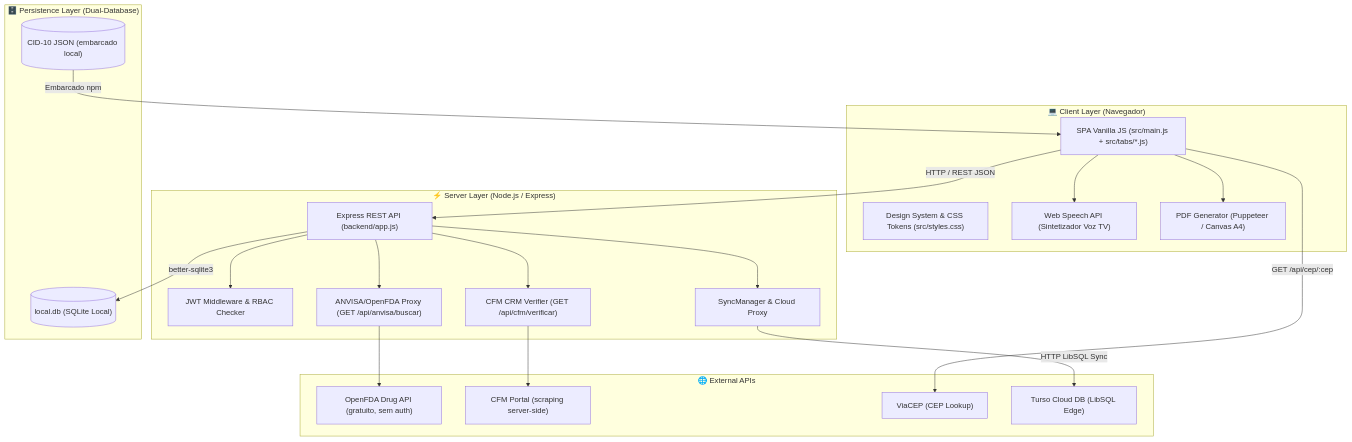
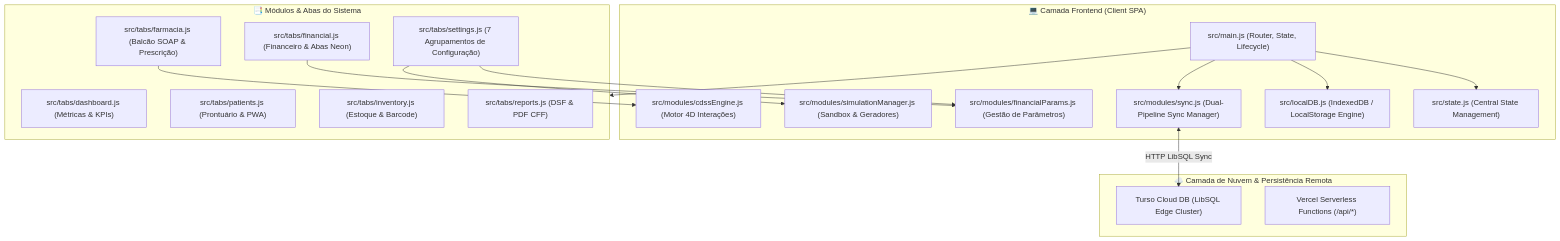
The first of 2 diagrams in docs/10-Manuais/01-guia-desenvolvedor.md (Mazzarowysk/crm-clinico-farmaceutic), drawn with Mermaid before and after one commit. The commit also changed other lines of this file and 4 other files, not shown here.

````diff
--- a/docs/10-Manuais/01-guia-desenvolvedor.md
+++ b/docs/10-Manuais/01-guia-desenvolvedor.md
@@ -13,43 +14,37 @@
 ```mermaid
 graph TD
-    subgraph Client ["💻 Client Layer (Navegador)"]
-        UI["SPA Vanilla JS (src/main.js + src/tabs/*.js)"]
-        CSS["Design System & CSS Tokens (src/styles.css)"]
-        TTS["Web Speech API (Sintetizador Voz TV)"]
-        PDF["PDF Generator (Puppeteer / Canvas A4)"]
+    subgraph Client ["💻 Camada Frontend (Client SPA)"]
+        MAIN["src/main.js (Router, State, Lifecycle)"]
+        STATE["src/state.js (Central State Management)"]
+        LOCALDB["src/localDB.js (IndexedDB / LocalStorage Engine)"]
+        SYNC["src/modules/sync.js (Dual-Pipeline Sync Manager)"]
+        CDSS["src/modules/cdssEngine.js (Motor 4D Interações)"]
+        FINPARAMS["src/modules/financialParams.js (Gestão de Parâmetros)"]
+        SIM["src/modules/simulationManager.js (Sandbox & Geradores)"]
     end
 
-    subgraph Server ["⚡ Server Layer (Node.js / Express)"]
-        API["Express REST API (backend/app.js)"]
-        AUTH["JWT Middleware & RBAC Checker"]
-        SYNC["SyncManager & Cloud Proxy"]
-        ANVISA["ANVISA/OpenFDA Proxy (GET /api/anvisa/buscar)"]
-        CFM["CFM CRM Verifier (GET /api/cfm/verificar)"]
+    subgraph Tabs ["📑 Módulos & Abas do Sistema"]
+        DASH["src/tabs/dashboard.js (Métricas & KPIs)"]
+        FARM["src/tabs/farmacia.js (Balcão SOAP & Prescrição)"]
+        PATIENTS["src/tabs/patients.js (Prontuário & PWA)"]
+        ESTOQUE["src/tabs/inventory.js (Estoque & Barcode)"]
+        FIN["src/tabs/financial.js (Financeiro & Abas Neon)"]
+        REPORTS["src/tabs/reports.js (DSF & PDF CFF)"]
+        SETTINGS["src/tabs/settings.js (7 Agrupamentos de Configuração)"]
     end
 
-    subgraph External ["🌐 External APIs"]
-        OPENFDA["OpenFDA Drug API (gratuito, sem auth)"]
-        CFMPORTAL["CFM Portal (scraping server-side)"]
-        VIACEP["ViaCEP (CEP Lookup)"]
-        TURSO["Turso Cloud DB (LibSQL Edge)"]
+    subgraph Cloud ["☁️ Camada de Nuvem & Persistência Remota"]
+        TURSO["Turso Cloud DB (LibSQL Edge Cluster)"]
+        VERCEL["Vercel Serverless Functions (/api/*)"]
     end
 
-    subgraph Data ["🗄️ Persistence Layer (Dual-Database)"]
-        SQLITE[("local.db (SQLite Local)")]
-        CID10[("CID-10 JSON (embarcado local)")]
-    end
-
-    UI -->|HTTP / REST JSON| API
-    API --> AUTH
-    API -->|better-sqlite3| SQLITE
-    SYNC -->|HTTP LibSQL Sync| TURSO
-    API --> SYNC
-    ANVISA --> OPENFDA
-    CFM --> CFMPORTAL
-    API --> ANVISA
-    API --> CFM
-    UI --> TTS
-    UI --> PDF
-    UI -->|GET /api/cep/:cep| VIACEP
-    CID10 -->|Embarcado npm| UI
+    MAIN --> STATE
+    MAIN --> LOCALDB
+    MAIN --> SYNC
+    MAIN --> Tabs
+    FARM --> CDSS
+    FIN --> FINPARAMS
+    SETTINGS --> FINPARAMS
+    SETTINGS --> SIM
+    SYNC <-->|HTTP LibSQL Sync| TURSO
 ```
````
